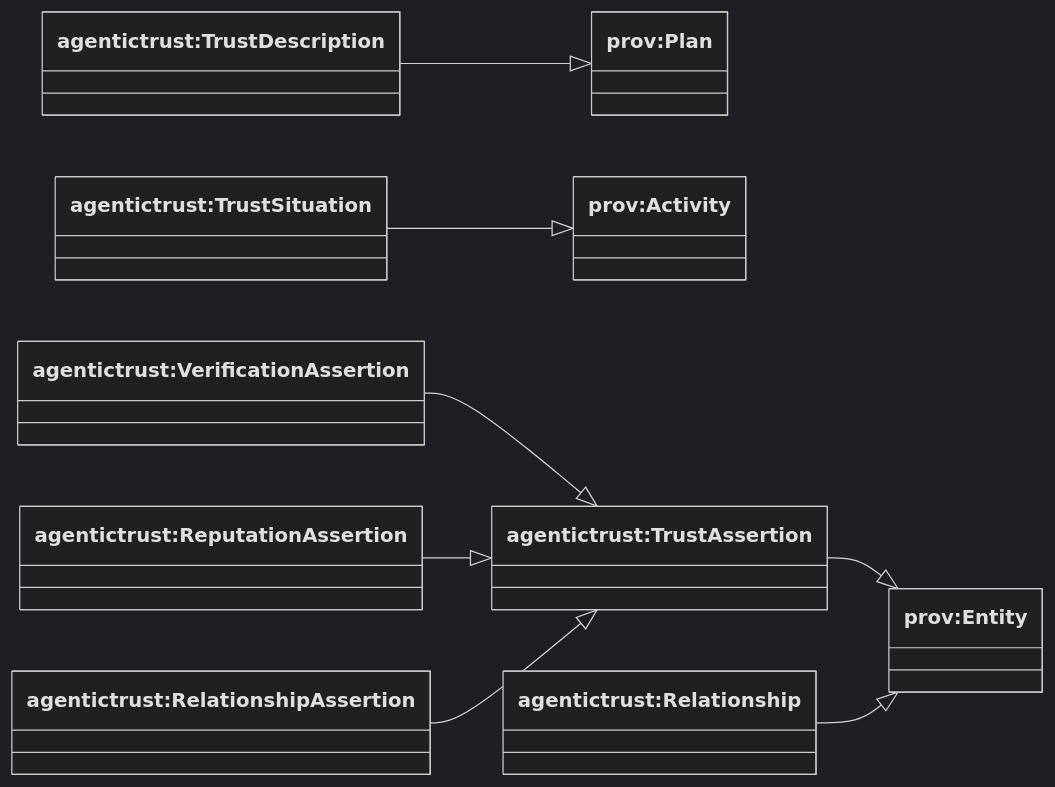
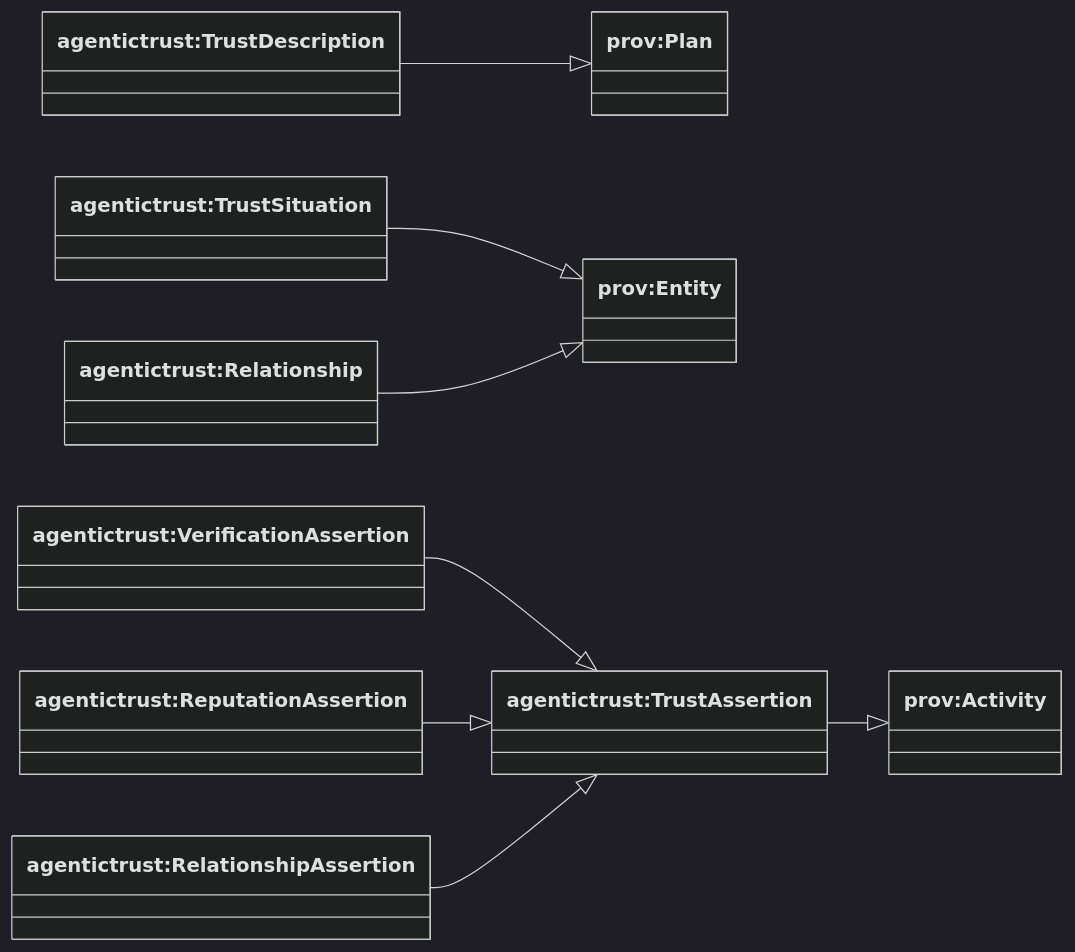
The first of 2 diagrams in docs/ontology/trust-graph.md (Agentic-Trust-Layer/agent-explorer), drawn with Mermaid (dark theme) before and after one commit. The commit also changed other lines of this file and 18 other files, not shown here.

````diff
--- a/docs/ontology/trust-graph.md
+++ b/docs/ontology/trust-graph.md
@@ -7,25 +7,25 @@
 ```mermaid
 classDiagram
 direction LR
 
 class provPlan["prov:Plan"]
 class provActivity["prov:Activity"]
 class provEntity["prov:Entity"]
 
 class TrustDescription["agentictrust:TrustDescription"]
 class TrustSituation["agentictrust:TrustSituation"]
 class TrustAssertion["agentictrust:TrustAssertion"]
 class VerificationAssertion["agentictrust:VerificationAssertion"]
 class ReputationAssertion["agentictrust:ReputationAssertion"]
 class Relationship["agentictrust:Relationship"]
 class RelationshipAssertion["agentictrust:RelationshipAssertion"]
 
 TrustDescription --|> provPlan
-TrustSituation --|> provActivity
-TrustAssertion --|> provEntity
+TrustSituation --|> provEntity
+TrustAssertion --|> provActivity
 
 VerificationAssertion --|> TrustAssertion
 ReputationAssertion --|> TrustAssertion
 Relationship --|> provEntity
 RelationshipAssertion --|> TrustAssertion
 ```
````
